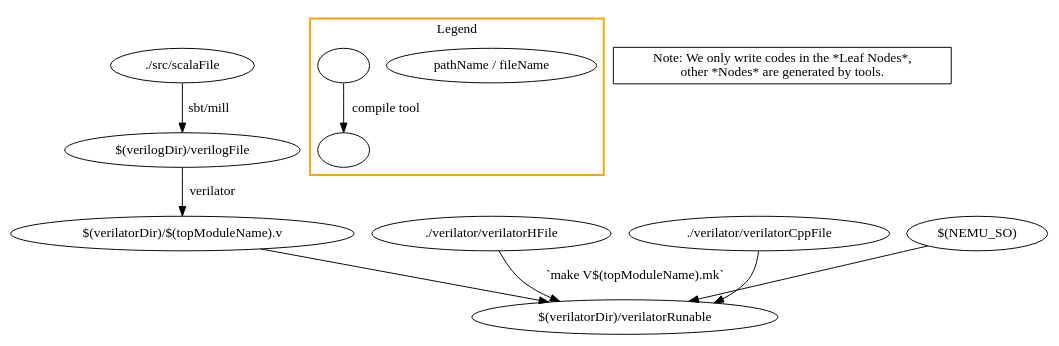
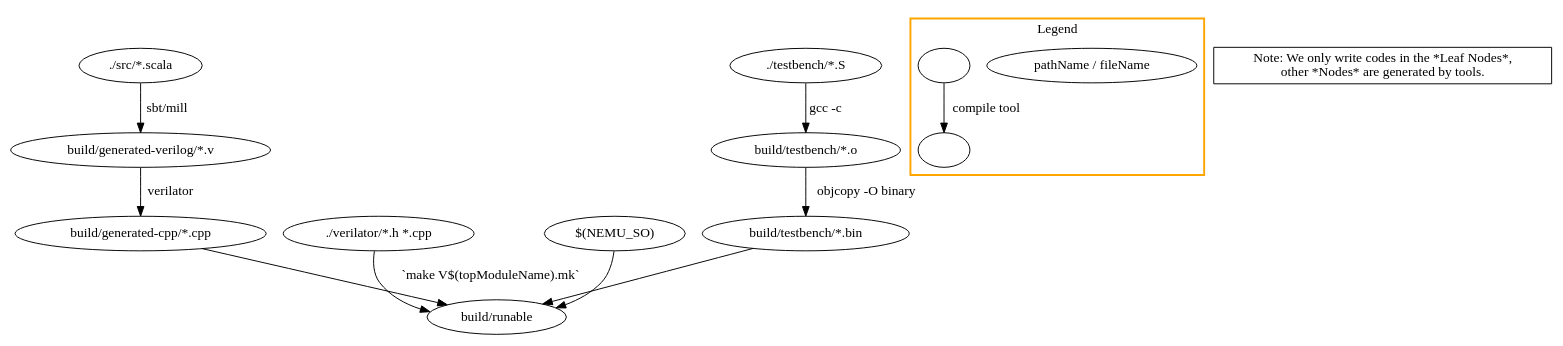
Before and after one commit to yuhengy/coredesign: the diagram in documents/dependChain-makefile.gv, drawn with Graphviz. The commit also changed 8 other files, not shown here.

```diff
--- a/documents/dependChain-makefile.gv
+++ b/documents/dependChain-makefile.gv
@@ -1,20 +1,22 @@
 digraph G {
-  "./src/scalaFile" -> "$(verilogDir)/verilogFile" [label="sbt/mill"];
-  "$(verilogDir)/verilogFile" -> "$(verilatorDir)/$(topModuleName).v" [label="verilator"];
-  "$(verilatorDir)/$(topModuleName).v" -> "$(verilatorDir)/verilatorRunable";
-  "./verilator/verilatorHFile" -> "$(verilatorDir)/verilatorRunable" [label="`make V$(topModuleName).mk`"];
-  "./verilator/verilatorCppFile" -> "$(verilatorDir)/verilatorRunable";
-  "$(NEMU_SO)" -> "$(verilatorDir)/verilatorRunable";
+  "./src/*.scala" -> "build/generated-verilog/*.v" [label="sbt/mill"];
+  "build/generated-verilog/*.v" -> "build/generated-cpp/*.cpp" [label="verilator"];
+  "build/generated-cpp/*.cpp" -> "build/runable";
+  "./verilator/*.h *.cpp" -> "build/runable" [label="`make V$(topModuleName).mk`"];
+  "$(NEMU_SO)" -> "build/runable";
+  "./testbench/*.S" -> "build/testbench/*.o" [label="gcc -c"];
+  "build/testbench/*.o" -> "build/testbench/*.bin" [label="objcopy -O binary"];
+  "build/testbench/*.bin" -> "build/runable";
 
   // Legend
   subgraph cluster1 {
     "pathName / fileName";
     " " -> "  " [label="compile tool"];
 
     label = "Legend";
     style=bold;
     color = "orange";
   }
 
   "Note: We only write codes in the *Leaf Nodes*,\nother *Nodes* are generated by tools." [shape=box]
 }
```
